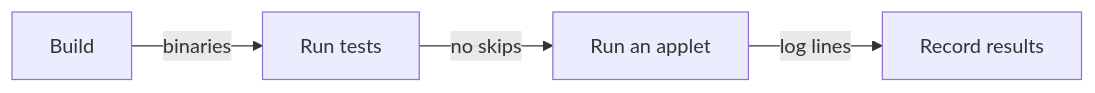
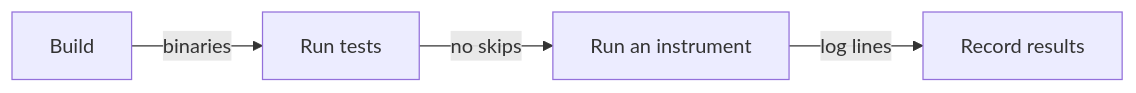
The diagram in docs/development/windows-verification.md (AhmedKhan-GH/caliper), drawn with Mermaid before and after one commit. The commit also changed other lines of this file and 87 other files, not shown here.

First line of the commit message:
Docs: rename applet to instrument across docs site and root markdown

````diff
--- a/docs/development/windows-verification.md
+++ b/docs/development/windows-verification.md
@@ -5,6 +5,6 @@
 ```mermaid
 flowchart LR
     build[Build] -->|binaries| test[Run tests]
-    test -->|no skips| run[Run an applet]
+    test -->|no skips| run[Run an instrument]
     run -->|log lines| record[Record results]
 ```
````
